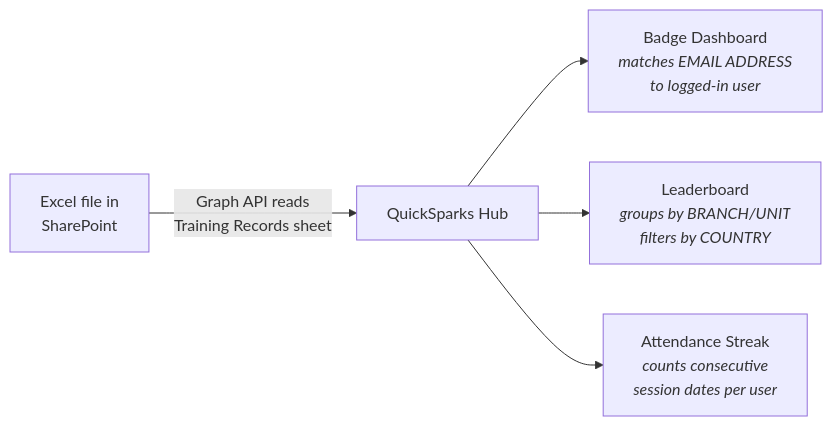
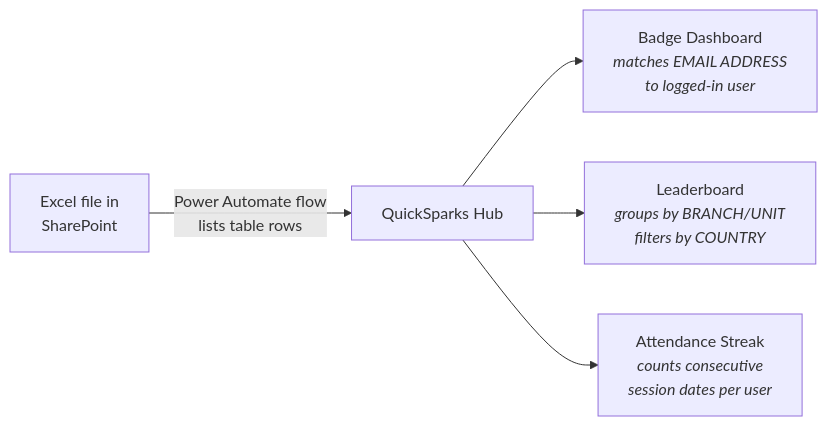
Before and after one commit to aidantrabs/quicksparks: the diagram in docs/data-format.md, drawn with Mermaid. The commit also changed 3 other files, not shown here.

````diff
--- a/docs/data-format.md
+++ b/docs/data-format.md
@@ -92,7 +92,7 @@
 ```mermaid
 flowchart LR
-    A[Excel file in<br/>SharePoint] -->|Graph API reads<br/>Training Records sheet| B[QuickSparks Hub]
+    A[Excel file in<br/>SharePoint] -->|Power Automate flow<br/>lists table rows| B[QuickSparks Hub]
     B --> C[Badge Dashboard<br/><i>matches EMAIL ADDRESS<br/>to logged-in user</i>]
     B --> D[Leaderboard<br/><i>groups by BRANCH/UNIT<br/>filters by COUNTRY</i>]
     B --> E[Attendance Streak<br/><i>counts consecutive<br/>session dates per user</i>]
 ```
````
